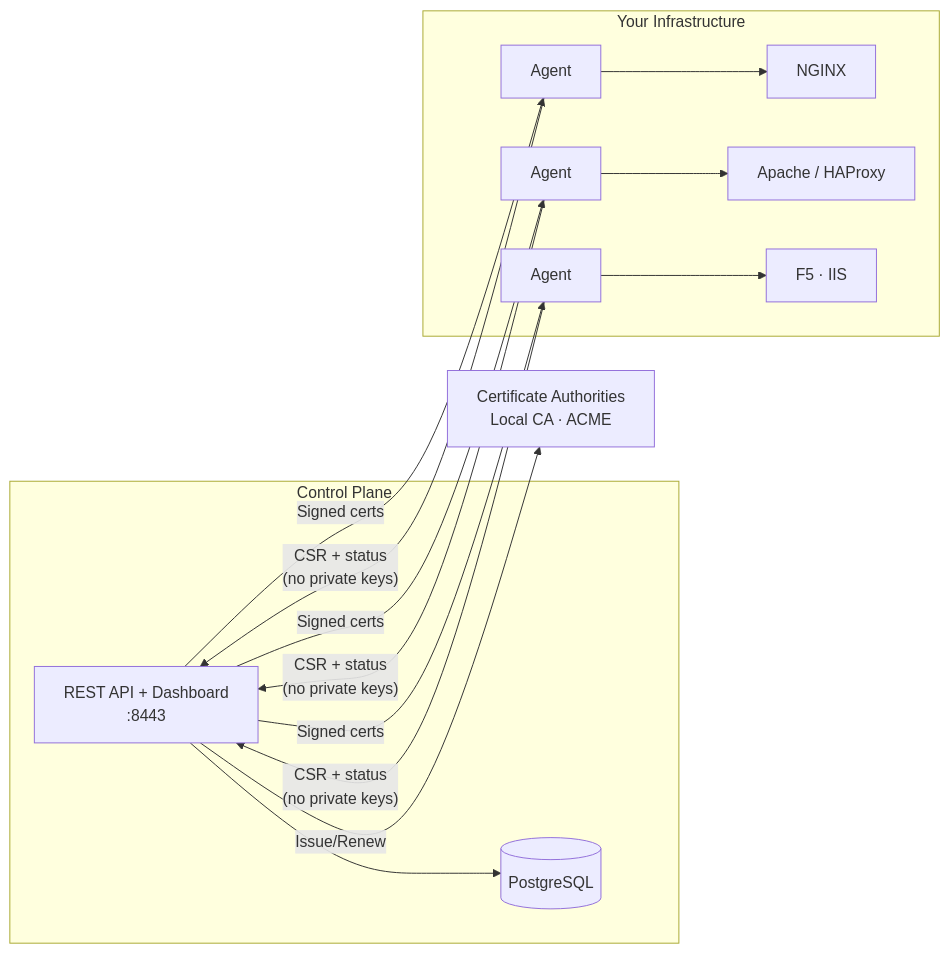
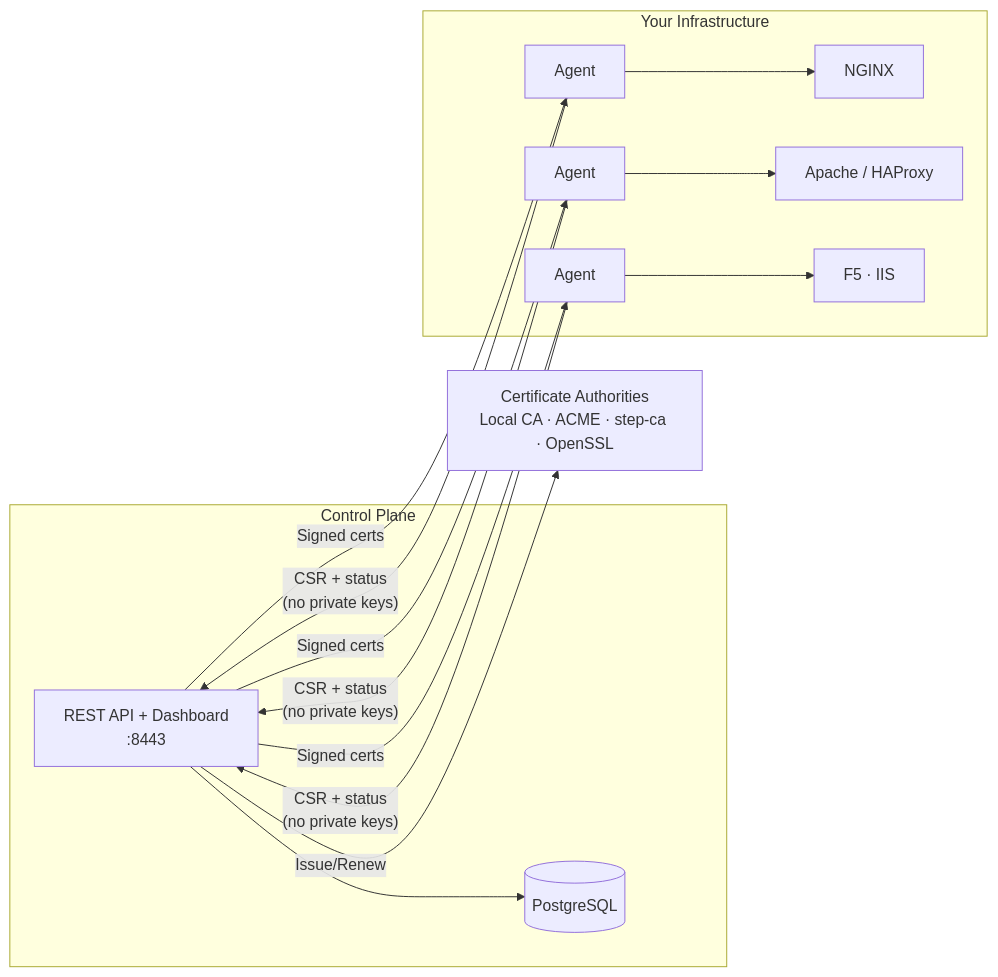
Before and after one commit to certctl-io/certctl: the first of 2 diagrams in README.md, drawn with Mermaid. The commit also changed other lines of this file and 2 other files, not shown here.

First line of the commit message:
docs: update README, architecture, and connectors for M17/M16b/M19/M16a

````diff
--- a/README.md
+++ b/README.md
@@ -15,18 +15,18 @@
 ```mermaid
 flowchart LR
     subgraph "Control Plane"
         API["REST API + Dashboard\n:8443"]
         PG[("PostgreSQL")]
     end
 
     subgraph "Your Infrastructure"
         A1["Agent"] --> T1["NGINX"]
         A2["Agent"] --> T2["Apache / HAProxy"]
         A3["Agent"] --> T3["F5 · IIS"]
     end
 
     API --> PG
     A1 & A2 & A3 -->|"CSR + status\n(no private keys)"| API
     API -->|"Signed certs"| A1 & A2 & A3
-    API -->|"Issue/Renew"| CA["Certificate Authorities\nLocal CA · ACME"]
+    API -->|"Issue/Renew"| CA["Certificate Authorities\nLocal CA · ACME · step-ca · OpenSSL"]
 ```
````
